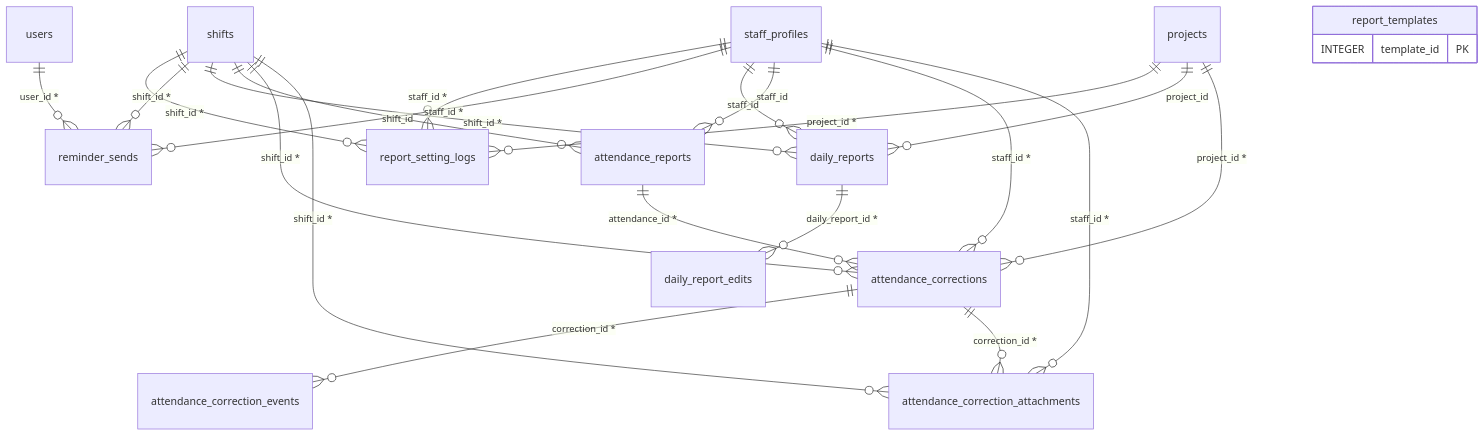
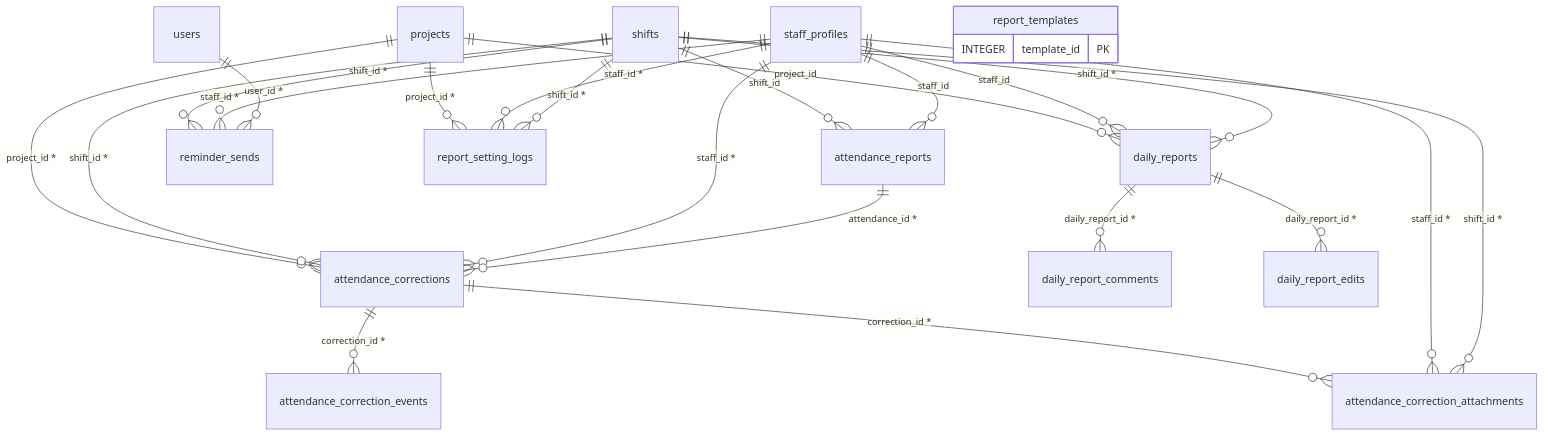
Before and after one commit to daichi763/MBsaas: the fifth of 11 diagrams in docs/db.md, drawn with Mermaid. The commit also changed other lines of this file and 6 other files, not shown here.

````diff
--- a/docs/db.md
+++ b/docs/db.md
@@ -293,26 +293,27 @@
 ```mermaid
 erDiagram
   attendance_corrections ||--o{ attendance_correction_attachments : "correction_id *"
   staff_profiles ||--o{ attendance_correction_attachments : "staff_id *"
   shifts ||--o{ attendance_correction_attachments : "shift_id *"
   attendance_corrections ||--o{ attendance_correction_events : "correction_id *"
   projects ||--o{ attendance_corrections : "project_id *"
   shifts ||--o{ attendance_corrections : "shift_id *"
   staff_profiles ||--o{ attendance_corrections : "staff_id *"
   attendance_reports ||--o{ attendance_corrections : "attendance_id *"
   shifts ||--o{ attendance_reports : "shift_id"
   staff_profiles ||--o{ attendance_reports : "staff_id"
+  daily_reports ||--o{ daily_report_comments : "daily_report_id *"
   daily_reports ||--o{ daily_report_edits : "daily_report_id *"
   projects ||--o{ daily_reports : "project_id"
   staff_profiles ||--o{ daily_reports : "staff_id"
   shifts ||--o{ daily_reports : "shift_id *"
   shifts ||--o{ reminder_sends : "shift_id *"
   staff_profiles ||--o{ reminder_sends : "staff_id *"
   users ||--o{ reminder_sends : "user_id *"
   projects ||--o{ report_setting_logs : "project_id *"
   staff_profiles ||--o{ report_setting_logs : "staff_id *"
   shifts ||--o{ report_setting_logs : "shift_id *"
   report_templates {
     INTEGER template_id PK
   }
 ```
````
